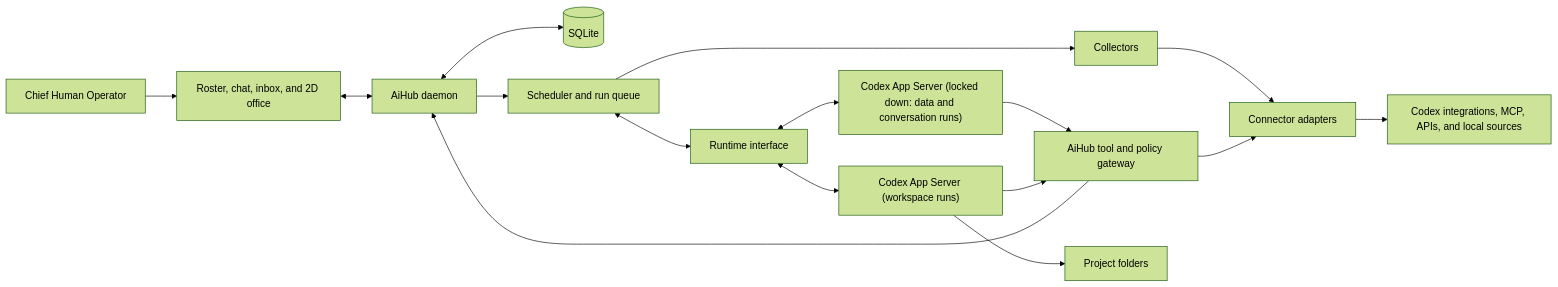
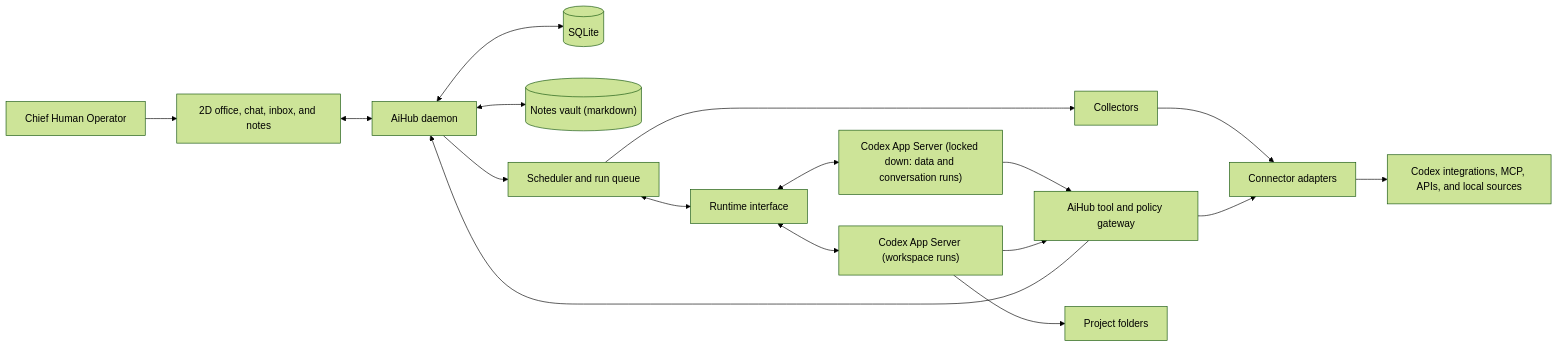
The diagram in DESIGN.md (berggrenmille/AiHub), drawn with Mermaid (forest theme) before and after one commit. The commit also changed other lines of this file and 1 other file, not shown here.

First line of the commit message:
Design staff as characters with memory, teams, and a living office

````diff
--- a/DESIGN.md
+++ b/DESIGN.md
@@ -43,18 +47,19 @@
 ```mermaid
 flowchart LR
-    U["Chief Human Operator"] --> UI["Roster, chat, inbox, and 2D office"]
+    U["Chief Human Operator"] --> UI["2D office, chat, inbox, and notes"]
     UI <--> H["AiHub daemon"]
     H <--> DB[("SQLite")]
+    H <--> V[("Notes vault (markdown)")]
     H --> Q["Scheduler and run queue"]
     Q --> K["Collectors"]
     K --> C["Connector adapters"]
     Q <--> RI["Runtime interface"]
     RI <--> R["Codex App Server (locked down: data and conversation runs)"]
     RI <--> W["Codex App Server (workspace runs)"]
     R --> P["AiHub tool and policy gateway"]
     W --> P
     W --> F["Project folders"]
     P --> H
     P --> C
     C --> S["Codex integrations, MCP, APIs, and local sources"]
 ```
````
